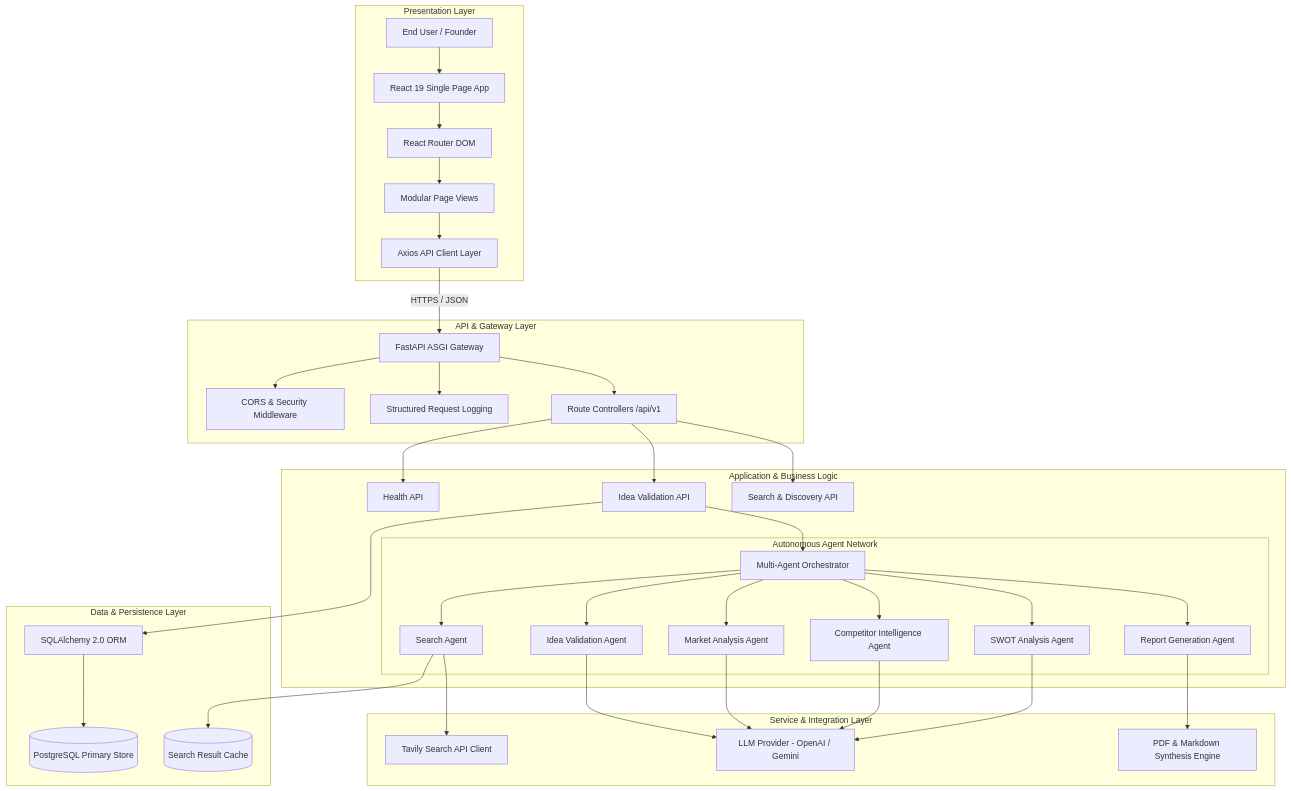
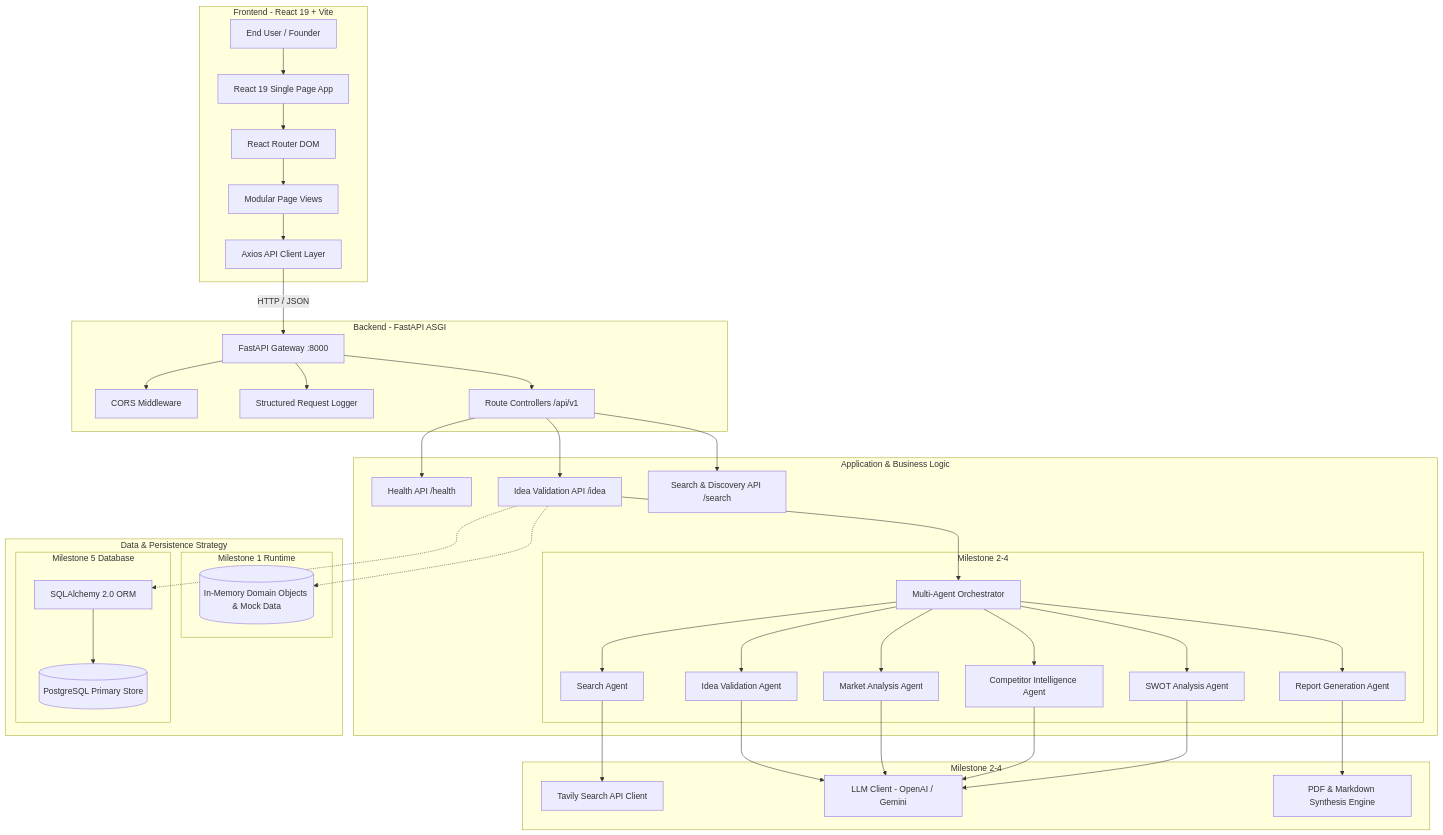
The diagram in docs/architecture.md (lakshyasinghal08/AI-Startup-Idea-Validator), drawn with Mermaid before and after one commit. The commit also changed other lines of this file and 49 other files, not shown here.

````diff
--- a/docs/architecture.md
+++ b/docs/architecture.md
@@ -10,48 +12,54 @@
 ```mermaid
 graph TB
-    subgraph Presentation Layer
+    subgraph Presentation Layer [Frontend - React 19 + Vite]
         User[End User / Founder] --> SPA[React 19 Single Page App]
         SPA --> Router[React Router DOM]
         Router --> Views[Modular Page Views]
         Views --> AxiosClient[Axios API Client Layer]
     end
 
-    subgraph API & Gateway Layer
-        AxiosClient -->|HTTPS / JSON| FastAPIGateway[FastAPI ASGI Gateway]
-        FastAPIGateway --> CORSMiddleware[CORS & Security Middleware]
-        FastAPIGateway --> RequestLogging[Structured Request Logging]
+    subgraph API & Gateway Layer [Backend - FastAPI ASGI]
+        AxiosClient -->|HTTP / JSON| FastAPIGateway[FastAPI Gateway :8000]
+        FastAPIGateway --> CORSMiddleware[CORS Middleware]
+        FastAPIGateway --> RequestLogging[Structured Request Logger]
         FastAPIGateway --> RouteControllers[Route Controllers /api/v1]
     end
 
     subgraph Application & Business Logic
-        RouteControllers --> HealthRoute[Health API]
-        RouteControllers --> IdeaRoute[Idea Validation API]
-        RouteControllers --> SearchRoute[Search & Discovery API]
+        RouteControllers --> HealthRoute[Health API /health]
+        RouteControllers --> IdeaRoute[Idea Validation API /idea]
+        RouteControllers --> SearchRoute[Search & Discovery API /search]
         
         IdeaRoute --> AgentOrchestrator[Multi-Agent Orchestrator]
         
-        subgraph Autonomous Agent Network
+        subgraph Autonomous Agent Network [Milestone 2-4]
             AgentOrchestrator --> SearchAgent[Search Agent]
             AgentOrchestrator --> IdeaAgent[Idea Validation Agent]
             AgentOrchestrator --> MarketAgent[Market Analysis Agent]
             AgentOrchestrator --> CompetitorAgent[Competitor Intelligence Agent]
             AgentOrchestrator --> SWOTAgent[SWOT Analysis Agent]
             AgentOrchestrator --> ReportAgent[Report Generation Agent]
         end
     end
 
-    subgraph Service & Integration Layer
+    subgraph Service & Integration Layer [Milestone 2-4]
         SearchAgent --> TavilyClient[Tavily Search API Client]
-        IdeaAgent --> LLMClient[LLM Provider - OpenAI / Gemini]
+        IdeaAgent --> LLMClient[LLM Client - OpenAI / Gemini]
         MarketAgent --> LLMClient
         CompetitorAgent --> LLMClient
         SWOTAgent --> LLMClient
         ReportAgent --> PDFRenderer[PDF & Markdown Synthesis Engine]
     end
 
-    subgraph Data & Persistence Layer
-        IdeaRoute --> SQLAlchemyLayer[SQLAlchemy 2.0 ORM]
-        SQLAlchemyLayer --> PostgresDB[(PostgreSQL Primary Store)]
-        SearchAgent --> CacheStore[(Search Result Cache)]
+    subgraph Data & Persistence Strategy
+        subgraph Milestone 1 Runtime
+            M1Store[(In-Memory Domain Objects & Mock Data)]
+        end
+        subgraph Milestone 5 Database
+            SQLAlchemyLayer[SQLAlchemy 2.0 ORM]
+            SQLAlchemyLayer --> PostgresDB[(PostgreSQL Primary Store)]
+        end
+        IdeaRoute -.-> M1Store
+        IdeaRoute -.-> SQLAlchemyLayer
     end
 ```
````
